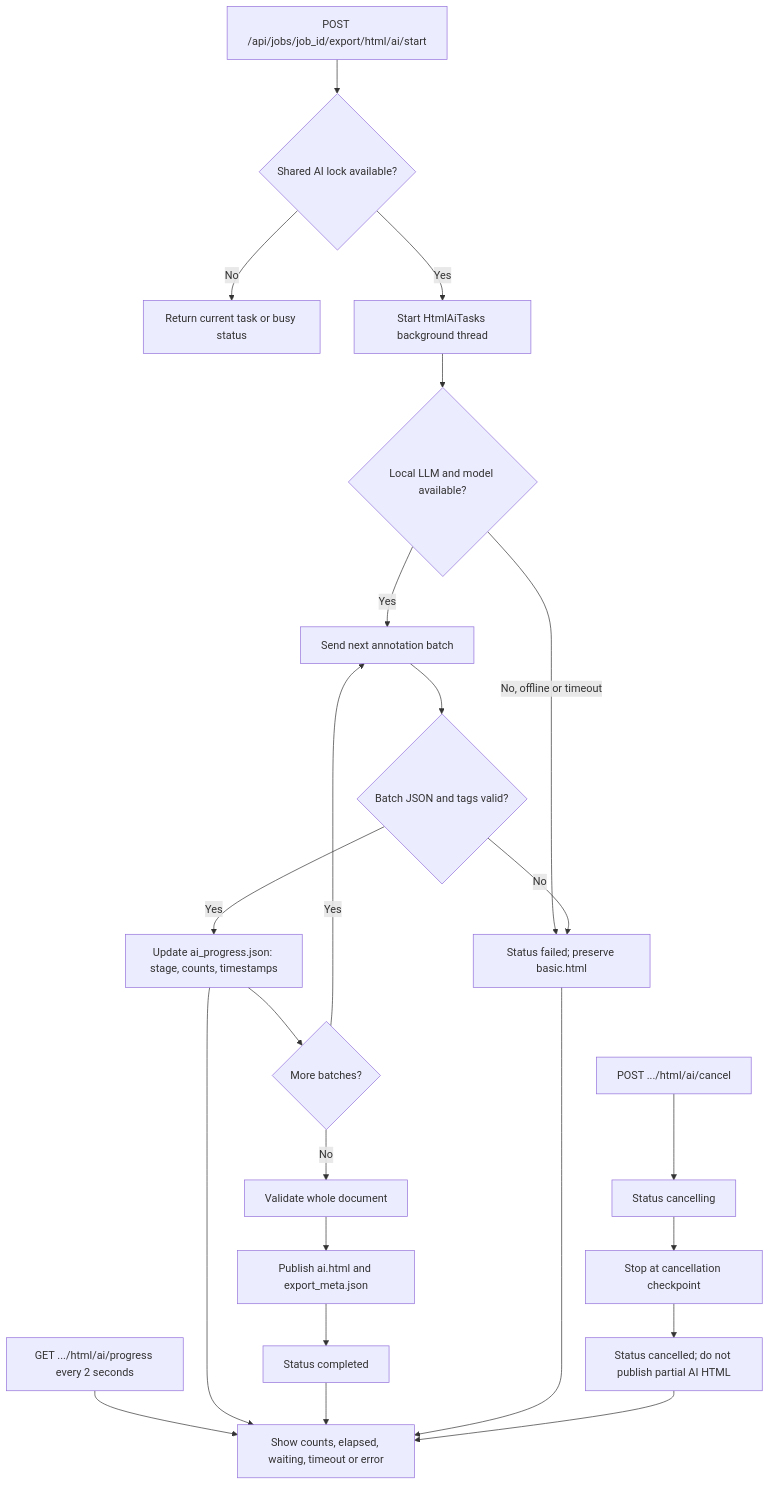
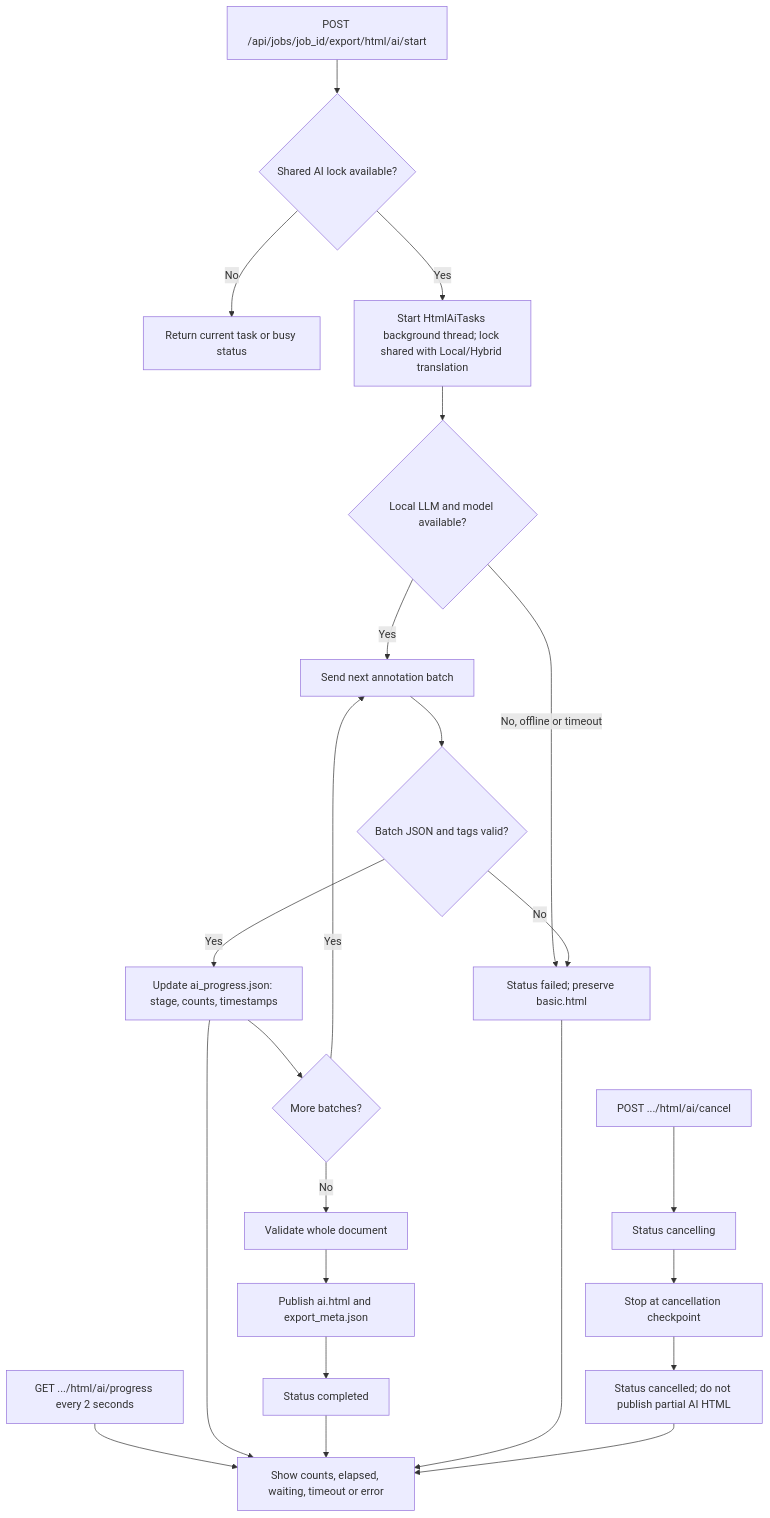
The sixth of 10 diagrams in readme.md (anuwatm/pdf-ocr-studio), drawn with Mermaid before and after one commit. The commit also changed other lines of this file and 62 other files, not shown here.

````diff
--- a/readme.md
+++ b/readme.md
@@ -290,25 +301,25 @@
 ```mermaid
 flowchart TD
     Start["POST /api/jobs/job_id/export/html/ai/start"] --> Lock{"Shared AI lock available?"}
     Lock -->|No| Busy["Return current task or busy status"]
-    Lock -->|Yes| Task["Start HtmlAiTasks background thread"]
+    Lock -->|Yes| Task["Start HtmlAiTasks background thread; lock shared with Local/Hybrid translation"]
     Task --> Capability{"Local LLM and model available?"}
     Capability -->|Yes| Batch["Send next annotation batch"]
     Batch --> Validate{"Batch JSON and tags valid?"}
     Validate -->|Yes| Persist["Update ai_progress.json: stage, counts, timestamps"]
     Persist --> More{"More batches?"}
     More -->|Yes| Batch
     More -->|No| Whole["Validate whole document"]
     Whole --> Publish["Publish ai.html and export_meta.json"]
     Publish --> Completed["Status completed"]
     Capability -->|No, offline or timeout| Failed["Status failed; preserve basic.html"]
     Validate -->|No| Failed
     Poll["GET .../html/ai/progress every 2 seconds"] --> Status["Show counts, elapsed, waiting, timeout or error"]
     Persist --> Status
     Completed --> Status
     Failed --> Status
     Cancel["POST .../html/ai/cancel"] --> Cancelling["Status cancelling"]
     Cancelling --> Checkpoint["Stop at cancellation checkpoint"]
     Checkpoint --> Cancelled["Status cancelled; do not publish partial AI HTML"]
     Cancelled --> Status
 ```
````
